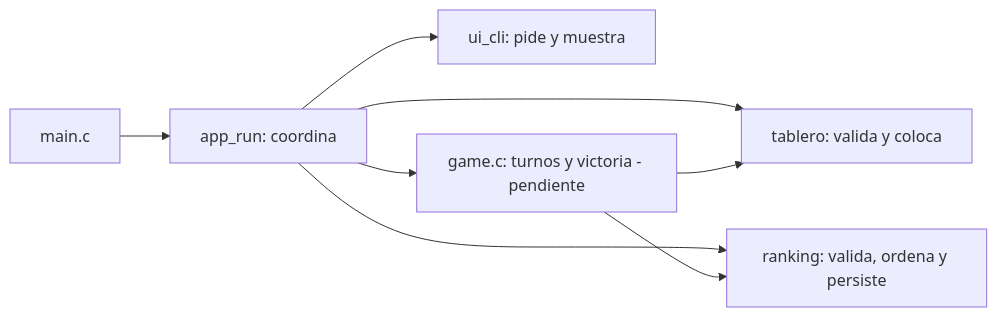
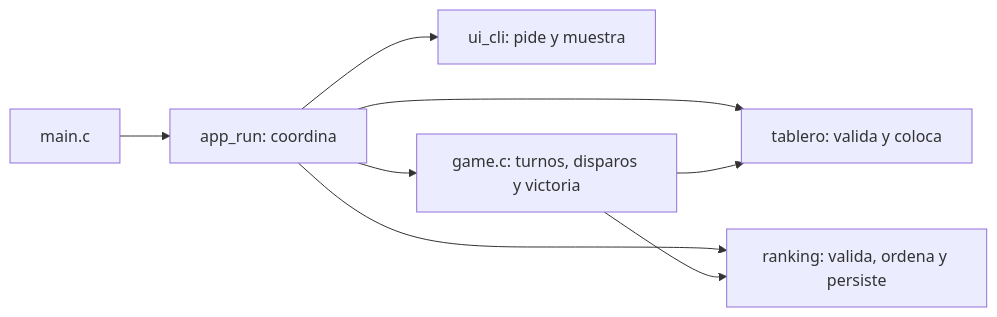
Before and after one commit to vrodpi/batalla_naval: the diagram in README_gian.md, drawn with Mermaid. The commit also changed other lines of this file and 11 other files, not shown here.

````diff
--- a/README_gian.md
+++ b/README_gian.md
@@ -241,10 +256,10 @@
 ```mermaid
 flowchart LR
   M[main.c] --> A[app_run: coordina]
   A --> U[ui_cli: pide y muestra]
   A --> T[tablero: valida y coloca]
   A --> R[ranking: valida, ordena y persiste]
-  A --> G[game.c: turnos y victoria - pendiente]
+  A --> G[game.c: turnos, disparos y victoria]
   G --> T
   G --> R
 ```
````
